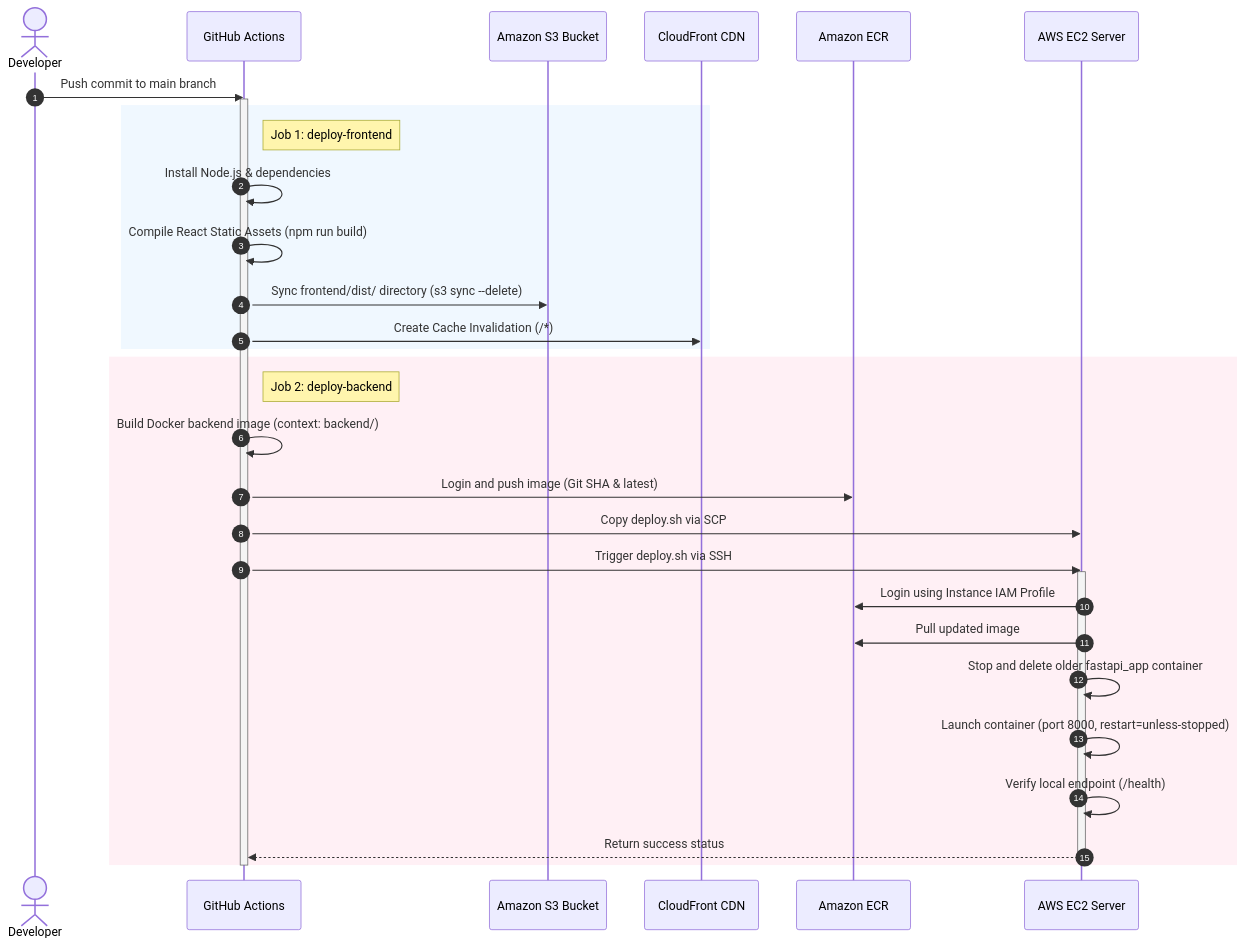
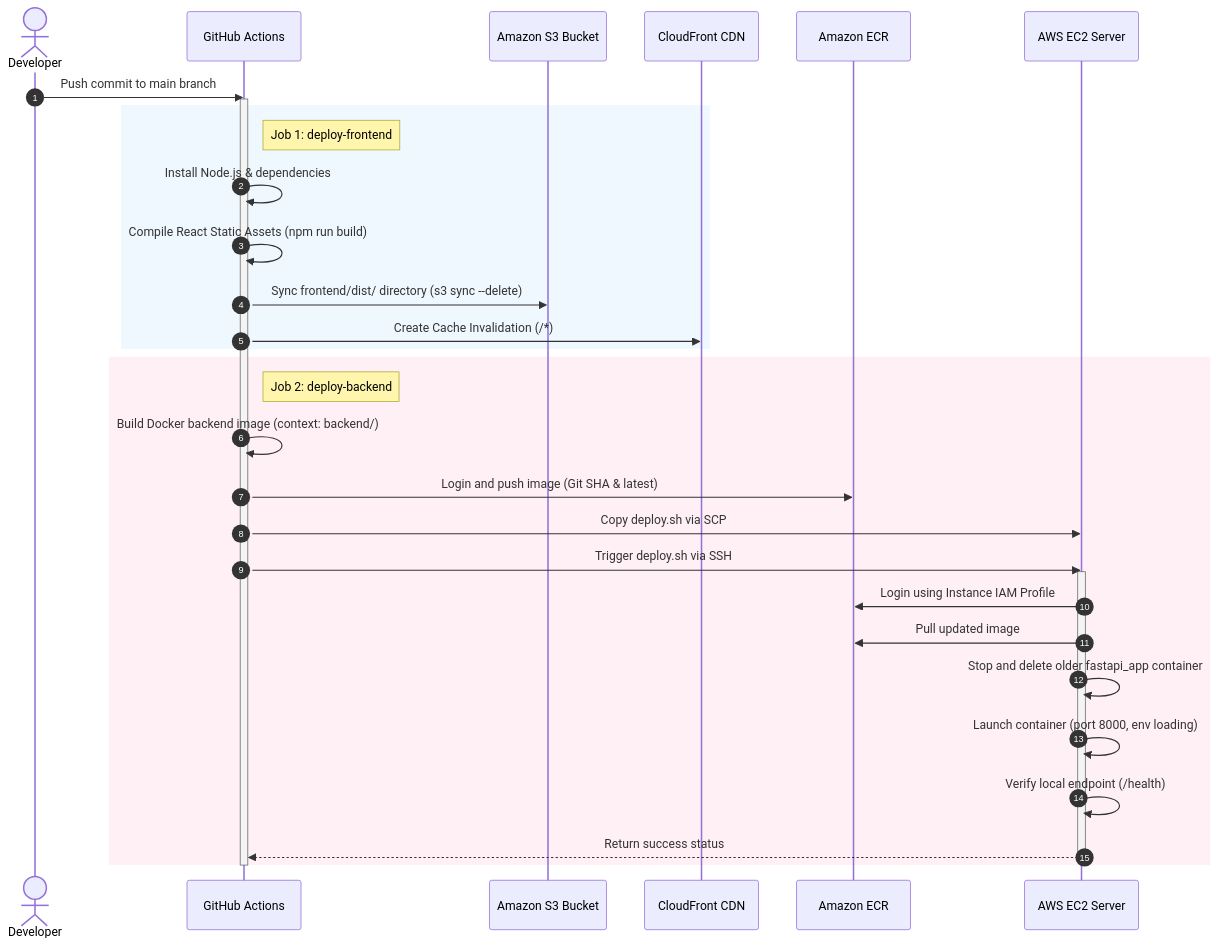
Before and after one commit to vishalLavare/CI-CD-Pipeline-using-GitHub-Actions: the second of 2 diagrams in README.md, drawn with Mermaid. The commit also changed other lines of this file and 1 other file, not shown here.

````diff
--- a/README.md
+++ b/README.md
@@ -47,39 +80,39 @@
 ```mermaid
 sequenceDiagram
     autonumber
     actor Developer
     participant GitHub as GitHub Actions
     participant S3 as Amazon S3 Bucket
     participant CF as CloudFront CDN
     participant ECR as Amazon ECR
     participant EC2 as AWS EC2 Server
 
     Developer->>GitHub: Push commit to main branch
     activate GitHub
 
     rect rgb(240, 248, 255)
         note right of GitHub: Job 1: deploy-frontend
         GitHub->>GitHub: Install Node.js & dependencies
         GitHub->>GitHub: Compile React Static Assets (npm run build)
         GitHub->>S3: Sync frontend/dist/ directory (s3 sync --delete)
         GitHub->>CF: Create Cache Invalidation (/*)
     end
 
     rect rgb(255, 240, 245)
         note right of GitHub: Job 2: deploy-backend
         GitHub->>GitHub: Build Docker backend image (context: backend/)
         GitHub->>ECR: Login and push image (Git SHA & latest)
         GitHub->>EC2: Copy deploy.sh via SCP
         GitHub->>EC2: Trigger deploy.sh via SSH
         activate EC2
         EC2->>ECR: Login using Instance IAM Profile
         EC2->>ECR: Pull updated image
         EC2->>EC2: Stop and delete older fastapi_app container
-        EC2->>EC2: Launch container (port 8000, restart=unless-stopped)
+        EC2->>EC2: Launch container (port 8000, env loading)
         EC2->>EC2: Verify local endpoint (/health)
         EC2-->>GitHub: Return success status
         deactivate EC2
     end
 
     deactivate GitHub
 ```
````
